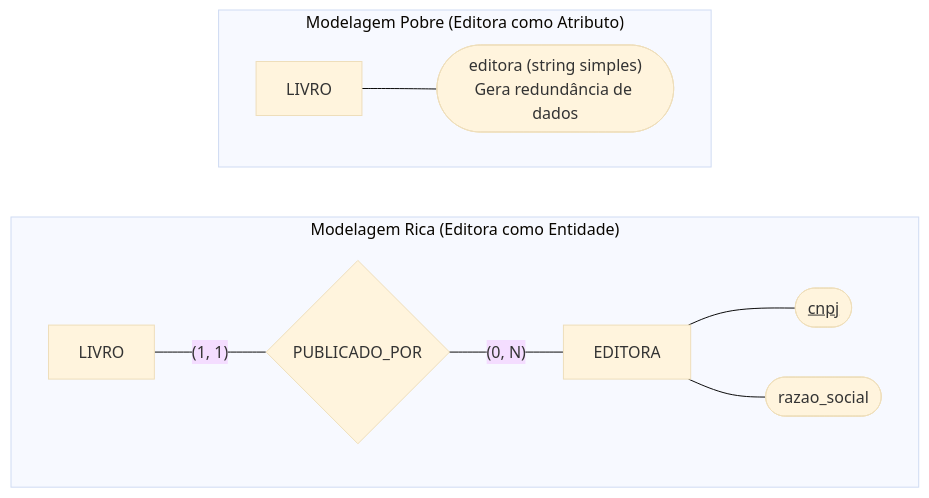
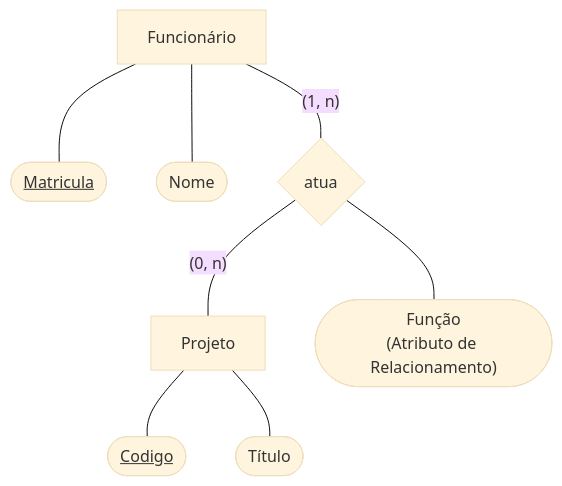
Before and after one commit to leorruas/puc: the second of 4 diagrams in 02. Modelagem de Dados/07. Modelo de entidades e relacionamentos estendido.md, drawn with Mermaid (base theme). The commit also changed other lines of this file, not shown here.

Commit message:
feat(modelagem-dados): integrate user lecture slides into article 07 (Bank/Agency weak entity, Employee/Project attribute in relationship, Employee/Depto/Locality ternary reading)

````diff
--- a/02. Modelagem de Dados/07. Modelo de entidades e relacionamentos estendido.md
+++ b/02. Modelagem de Dados/07. Modelo de entidades e relacionamentos estendido.md
@@ -126,19 +100,21 @@
 ```mermaid
 flowchart TD
-    subgraph SubgraphModelagemIncorreta["Modelagem Pobre (Editora como Atributo)"]
-        Livro1["LIVRO"]
-        AtribEdit(["editora (string simples)<br>Gera redundância de dados"])
-        Livro1 --- AtribEdit
-    end
+    Funcionario["Funcionário"]
+    Matricula(["<u>Matricula</u>"])
+    NomeFunc(["Nome"])
 
-    subgraph SubgraphModelagemCorreta["Modelagem Rica (Editora como Entidade)"]
-        Livro2["LIVRO"] ---|"(1, 1)"| RelPub{"PUBLICADO_POR"}
-        RelPub ---|"(0, N)"| Editora["EDITORA"]
-        CnpjEd(["<u>cnpj</u>"])
-        NomeEd(["razao_social"])
-        Editora --- CnpjEd
-        Editora --- NomeEd
-    end
+    Funcionario --- Matricula
+    Funcionario --- NomeFunc
 
-    SubgraphModelagemIncorreta ~~~ SubgraphModelagemCorreta
+    Funcionario ---|"(1, n)"| RelAtua{"atua"}
+    RelAtua ---|"(0, n)"| Projeto["Projeto"]
+
+    Funcao(["Função<br>(Atributo de Relacionamento)"])
+    RelAtua --- Funcao
+
+    CodProj(["<u>Codigo</u>"])
+    TituloProj(["Título"])
+
+    Projeto --- CodProj
+    Projeto --- TituloProj
 ```
````
